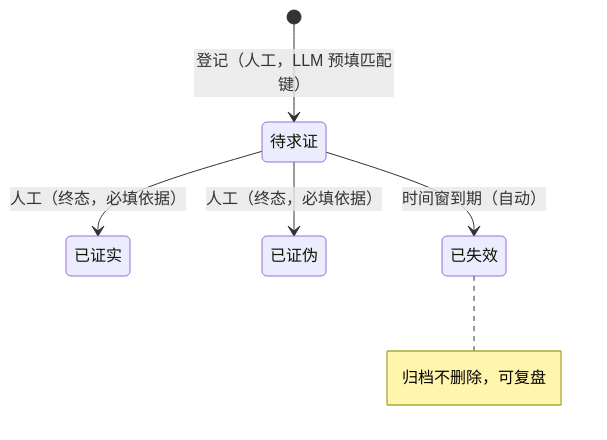
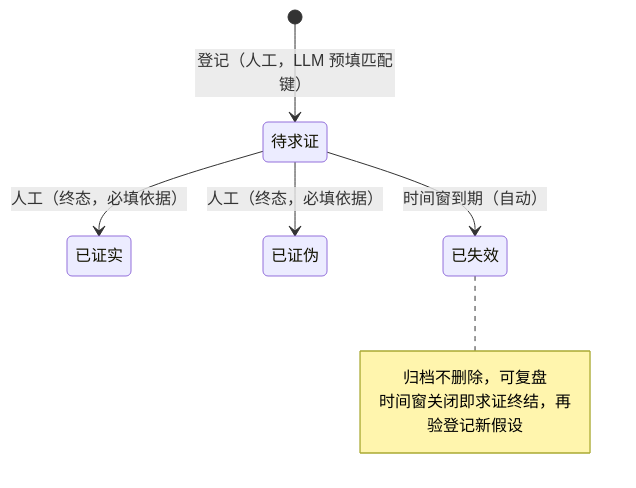
One commit to leoricmaster/pih changed the eighth of 10 diagrams in backlog/docs/doc-2 - 架构设计-Architecture.md. Above: the diagram before and after it, drawn with Mermaid. The commit also changed other lines of this file, not shown here.

````diff
--- a/backlog/docs/doc-2 - 架构设计-Architecture.md
+++ b/backlog/docs/doc-2 - 架构设计-Architecture.md
@@ -303,10 +298,11 @@
 ```mermaid
 stateDiagram-v2
     [*] --> 待求证 : 登记（人工，LLM 预填匹配键）
     待求证 --> 已证实 : 人工（终态，必填依据）
     待求证 --> 已证伪 : 人工（终态，必填依据）
     待求证 --> 已失效 : 时间窗到期（自动）
     note right of 已失效
         归档不删除，可复盘
+        时间窗关闭即求证终结，再验登记新假设
     end note
 ```
````
